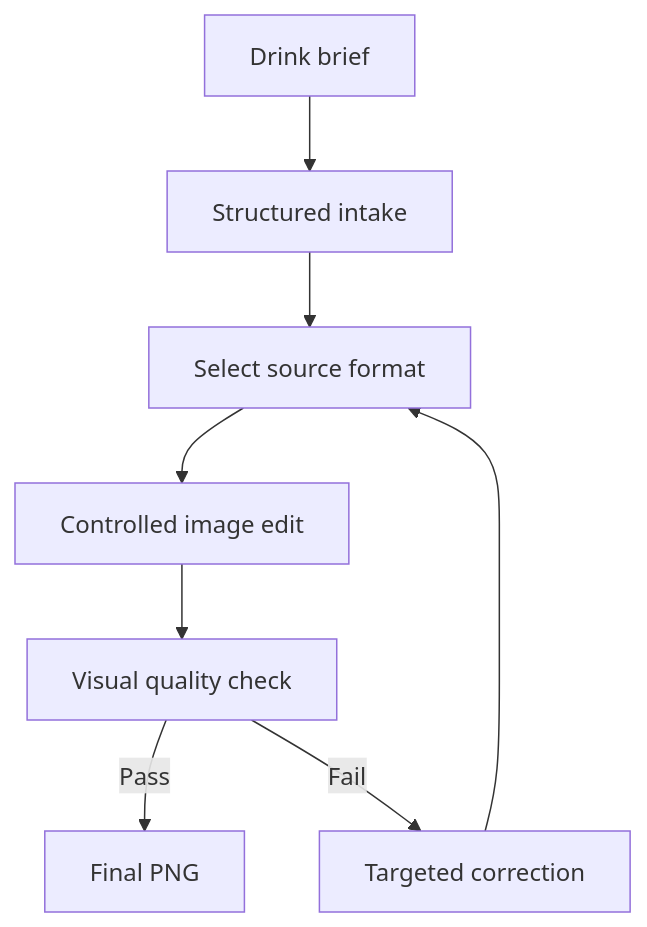
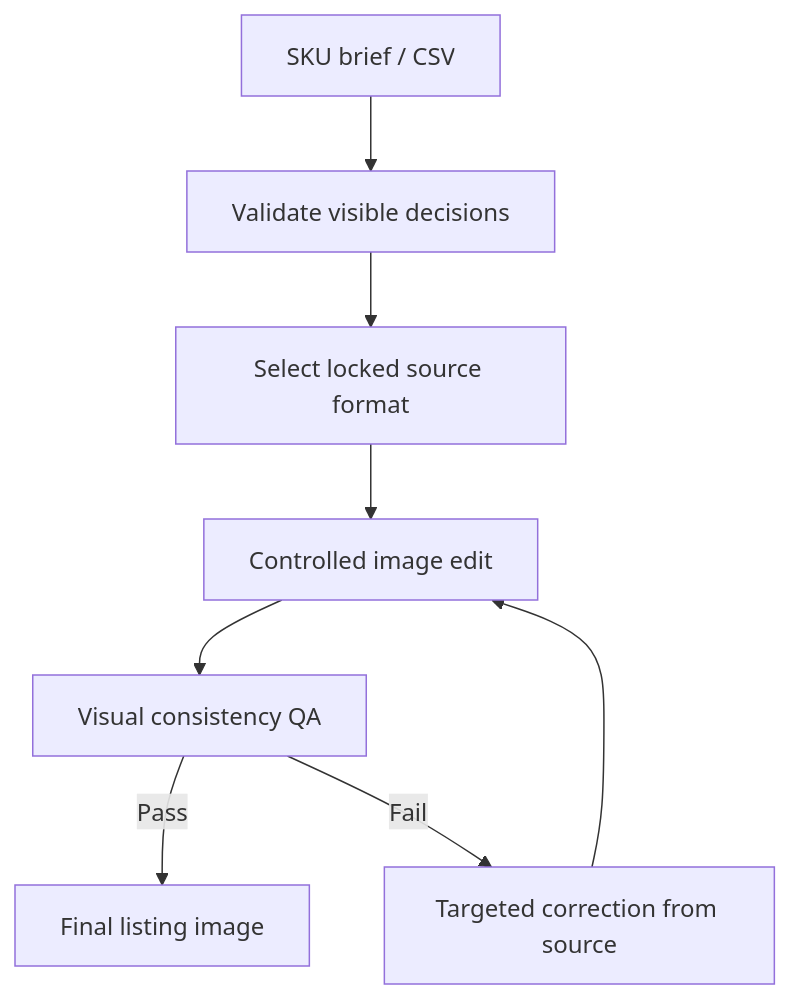
One commit to vedantm1049/brand-consistent-photo-studio changed the diagram in README.md. Above: the diagram before and after it, drawn with Mermaid. The commit also changed other lines of this file, not shown here.

````diff
--- a/README.md
+++ b/README.md
@@ -37,10 +51,10 @@
 ```mermaid
 flowchart TD
-    A["Drink brief"] --> B["Structured intake"]
-    B --> C["Select source format"]
+    A["SKU brief / CSV"] --> B["Validate visible decisions"]
+    B --> C["Select locked source format"]
     C --> D["Controlled image edit"]
-    D --> E["Visual quality check"]
-    E -->|Pass| F["Final PNG"]
-    E -->|Fail| G["Targeted correction"]
-    G --> C
+    D --> E["Visual consistency QA"]
+    E -->|Pass| F["Final listing image"]
+    E -->|Fail| G["Targeted correction from source"]
+    G --> D
 ```
````
